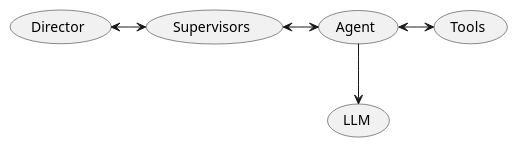
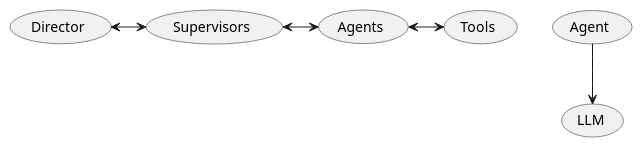
Before and after one commit to WaitThatShouldntWork/InferGPT: the diagram in assets/goal-bot/ChainOfCommand.iuml, drawn with PlantUML.

Commit message:
Pluralise agents for chain of command

```diff
--- a/assets/goal-bot/ChainOfCommand.iuml
+++ b/assets/goal-bot/ChainOfCommand.iuml
@@ -5,8 +5,8 @@
 @startuml ChainOfCommand
 
 (Director) <-> (Supervisors)
-(Supervisors) <-> (Agent)
-(Agent) <-> (Tools)
+(Supervisors) <-> (Agents)
+(Agents) <-> (Tools)
 (Agent) --> (LLM)
 
 @enduml
```
